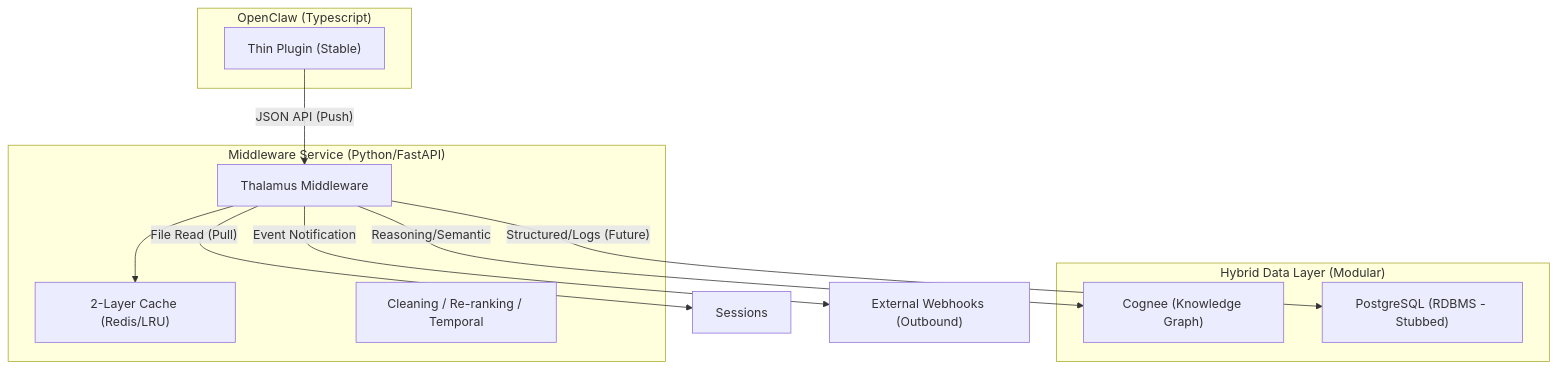
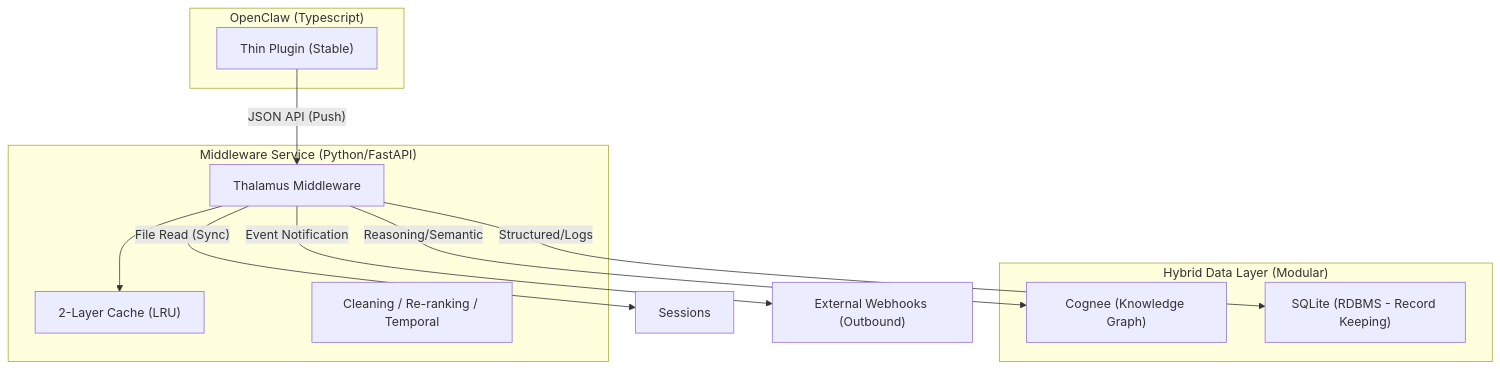
One commit to JuanHuaXu/thalamus changed the second of 3 diagrams in docs/architecture.md. Above: the diagram before and after it, drawn with Mermaid. The commit also changed other lines of this file and 3 other files, not shown here.

````diff
--- a/docs/architecture.md
+++ b/docs/architecture.md
@@ -33,24 +33,24 @@
 ```mermaid
 graph TD
     subgraph "OpenClaw (Typescript)"
         OC_P["Thin Plugin (Stable)"]
     end
     
     subgraph "Middleware Service (Python/FastAPI)"
         MW["Thalamus Middleware"]
-        Cache["2-Layer Cache (Redis/LRU)"]
+        Cache["2-Layer Cache (LRU)"]
         Logic["Cleaning / Re-ranking / Temporal"]
     end
     
     subgraph "Hybrid Data Layer (Modular)"
         CG["Cognee (Knowledge Graph)"]
-        PG["PostgreSQL (RDBMS - Stubbed)"]
+        PG["SQLite (RDBMS - Record Keeping)"]
     end
 
     OC_P -- "JSON API (Push)" --> MW
-    MW -- "File Read (Pull)" --> Sessions
+    MW -- "File Read (Sync)" --> Sessions
     MW --> Cache
     MW -- "Event Notification" --> Webhooks["External Webhooks (Outbound)"]
     MW -- "Reasoning/Semantic" --> CG
-    MW -- "Structured/Logs (Future)" --> PG
+    MW -- "Structured/Logs" --> PG
 ```
````
